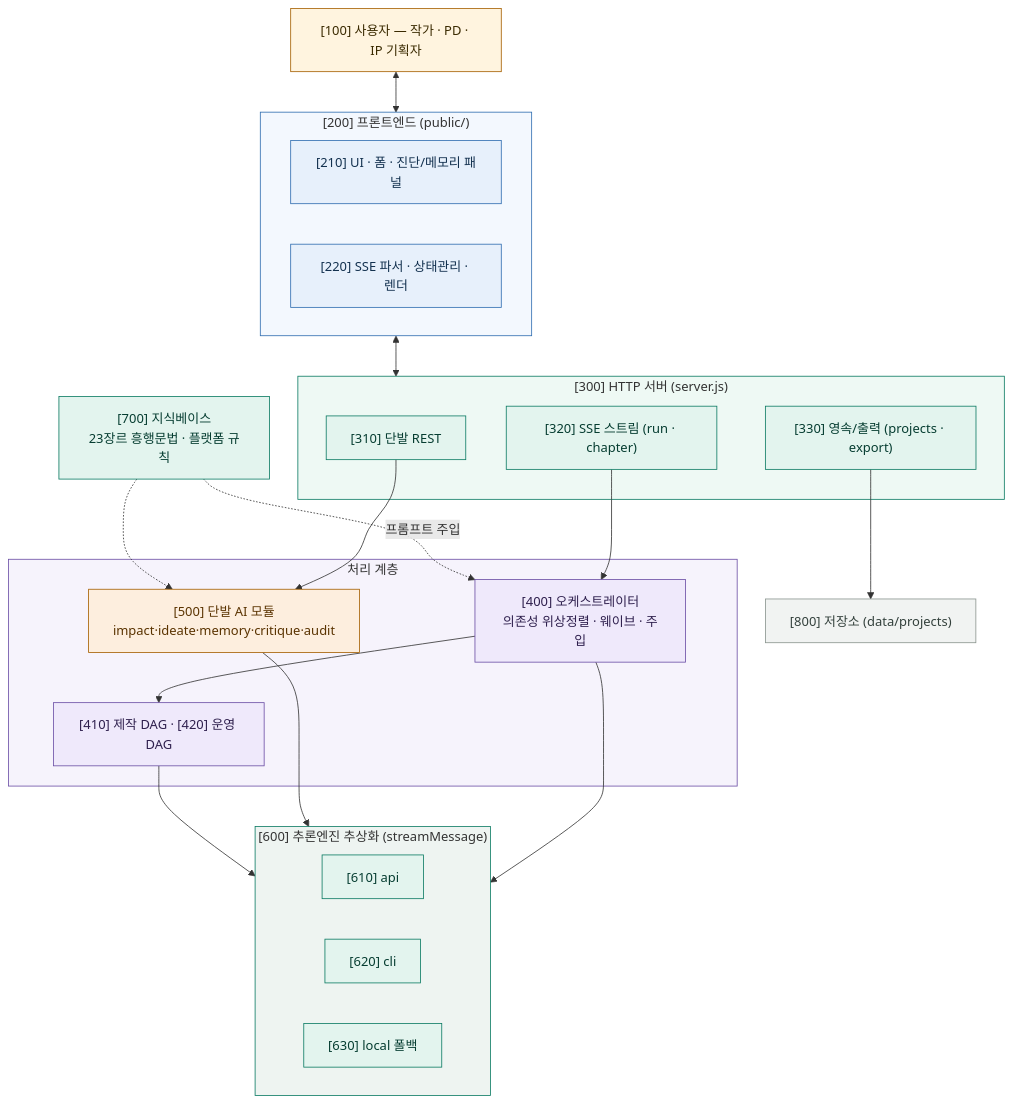
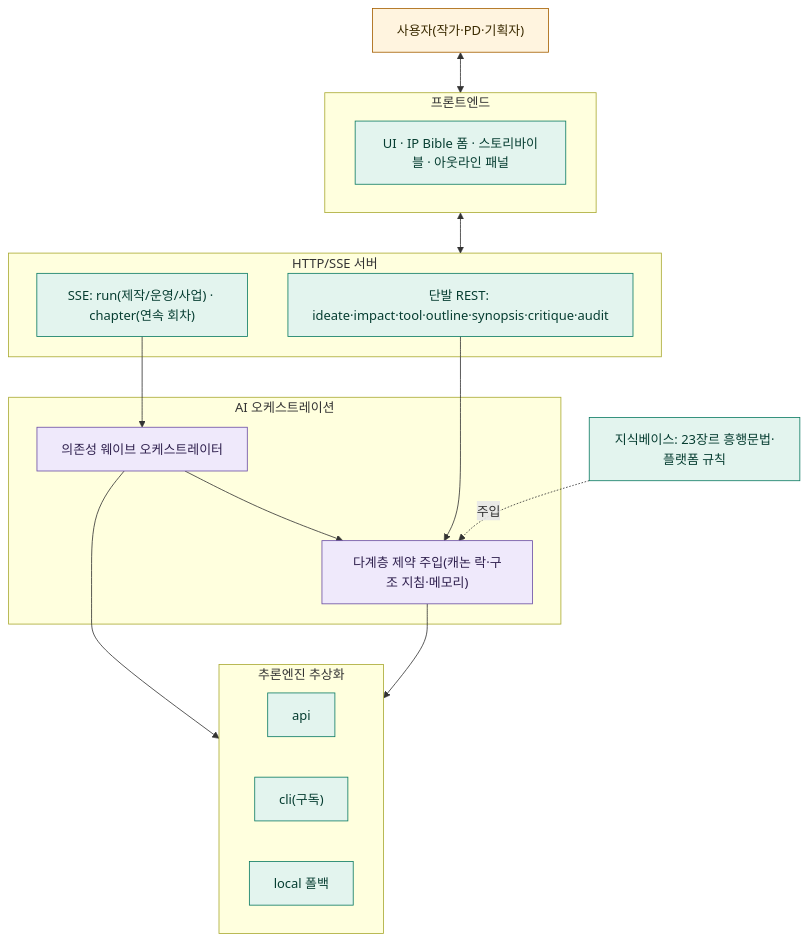
The first of 5 diagrams in paper.md (swparklab/webnovel-ip-agent), drawn with Mermaid before and after one commit. The commit also changed other lines of this file, not shown here.

````diff
--- a/paper.md
+++ b/paper.md
@@ -64,55 +68,30 @@
 ```mermaid
 flowchart TB
-    U["[100] 사용자 — 작가 · PD · IP 기획자"]
-    subgraph FE["[200] 프론트엔드 (public/)"]
-        FE1["[210] UI · 폼 · 진단/메모리 패널"]
-        FE2["[220] SSE 파서 · 상태관리 · 렌더"]
+    U["사용자(작가·PD·기획자)"]
+    subgraph FE["프론트엔드"]
+        FE1["UI · IP Bible 폼 · 스토리바이블 · 아웃라인 패널"]
     end
-    subgraph SV["[300] HTTP 서버 (server.js)"]
-        SV1["[310] 단발 REST"]
-        SV2["[320] SSE 스트림 (run · chapter)"]
-        SV3["[330] 영속/출력 (projects · export)"]
+    subgraph SV["HTTP/SSE 서버"]
+        SV1["단발 REST: ideate·impact·tool·outline·synopsis·critique·audit"]
+        SV2["SSE: run(제작/운영/사업) · chapter(연속 회차)"]
     end
-    subgraph CORE["처리 계층"]
-        OR["[400] 오케스트레이터<br/>의존성 위상정렬 · 웨이브 · 주입"]
-        DAG["[410] 제작 DAG · [420] 운영 DAG"]
-        AIM["[500] 단발 AI 모듈<br/>impact·ideate·memory·critique·audit"]
-        OR --> DAG
+    subgraph CORE["AI 오케스트레이션"]
+        OR["의존성 웨이브 오케스트레이터"]
+        HARNESS["다계층 제약 주입(캐논 락·구조 지침·메모리)"]
+        OR --> HARNESS
     end
-    subgraph LLM["[600] 추론엔진 추상화 (streamMessage)"]
-        L1["[610] api"]
-        L2["[620] cli"]
-        L3["[630] local 폴백"]
+    subgraph LLM["추론엔진 추상화"]
+        L1["api"]; L2["cli(구독)"]; L3["local 폴백"]
     end
-    KB["[700] 지식베이스<br/>23장르 흥행문법 · 플랫폼 규칙"]
-    ST["[800] 저장소 (data/projects)"]
-    U <--> FE
-    FE <--> SV
+    KB["지식베이스: 23장르 흥행문법·플랫폼 규칙"]
+    U <--> FE <--> SV
     SV2 --> OR
-    SV1 --> AIM
-    SV3 --> ST
+    SV1 --> HARNESS
     OR --> LLM
-    AIM --> LLM
-    DAG --> LLM
-    KB -. 프롬프트 주입 .-> OR
-    KB -.-> AIM
-    classDef u fill:#fff4df,stroke:#a55f00,color:#3a2a00
-    classDef fe fill:#e7f0fb,stroke:#2f6db0,color:#13314f
-    classDef sv fill:#e3f4ee,stroke:#0c7b63,color:#063d31
-    classDef co fill:#efe9fb,stroke:#6b4ea5,color:#2e1f4d
-    classDef ai fill:#fdeede,stroke:#a55f00,color:#5a3300
-    classDef kb fill:#e3f4ee,stroke:#0c7b63,color:#063d31
-    classDef st fill:#f1f3f2,stroke:#8a958f,color:#33403c
-    class U u
-    class FE1,FE2 fe
-    class SV1,SV2,SV3 sv
-    class OR,DAG co
-    class AIM ai
-    class L1,L2,L3 sv
-    class KB kb
-    class ST st
-    style FE fill:#f3f8fe,stroke:#2f6db0
-    style SV fill:#eef9f4,stroke:#0c7b63
-    style CORE fill:#f6f3fc,stroke:#6b4ea5
-    style LLM fill:#eef4f1,stroke:#0c7b63
+    HARNESS --> LLM
+    KB -. 주입 .-> HARNESS
+    classDef a fill:#e3f4ee,stroke:#0c7b63,color:#063d31
+    classDef b fill:#efe9fb,stroke:#6b4ea5,color:#2e1f4d
+    classDef c fill:#fff4df,stroke:#a55f00,color:#3a2a00
+    class U c; class FE1 a; class SV1,SV2 a; class OR,HARNESS b; class L1,L2,L3 a; class KB a
 ```
````
